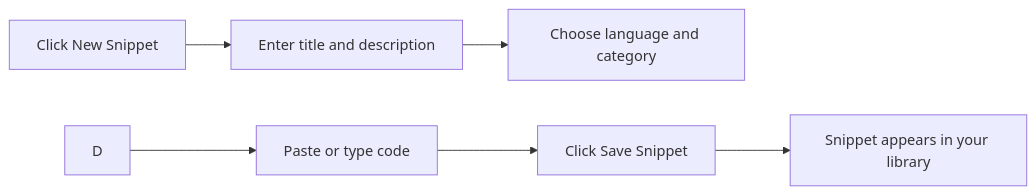
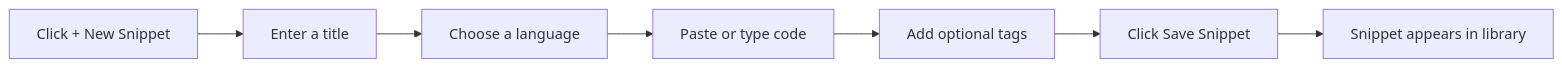
The diagram in api2-documentation/plan_2026-11-02_f8890e/user-facing-docs/your-first-snippet-quick-start.md (Mohita111/API2), drawn with Mermaid before and after one commit. The commit also changed other lines of this file and 13 other files, not shown here.

````diff
--- a/api2-documentation/plan_2026-11-02_f8890e/user-facing-docs/your-first-snippet-quick-start.md
+++ b/api2-documentation/plan_2026-11-02_f8890e/user-facing-docs/your-first-snippet-quick-start.md
@@ -24,8 +25,9 @@
 ```mermaid
 graph LR
-    A[Click New Snippet] --> B[Enter title and description]
-    B --> C[Choose language and category]
-    D --> E[Paste or type code]
-    E --> F[Click Save Snippet]
-    F --> G[Snippet appears in your library]
+    A["Click + New Snippet"] --> B["Enter a title"]
+    B --> C["Choose a language"]
+    C --> D["Paste or type code"]
+    D --> E["Add optional tags"]
+    E --> F["Click Save Snippet"]
+    F --> G["Snippet appears in library"]
 ```
````
